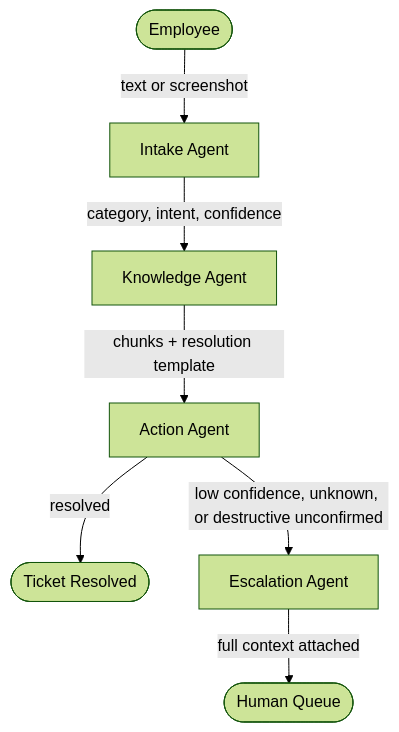
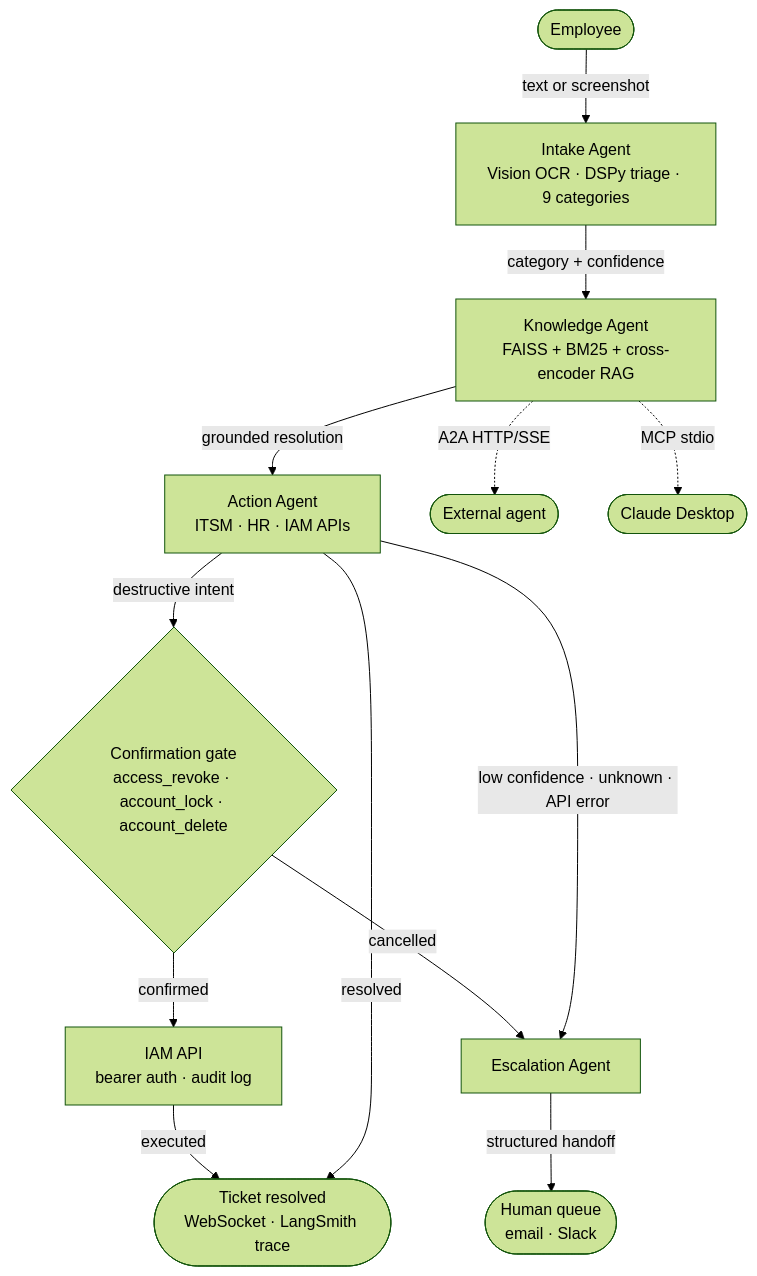
The diagram in README.md (Subh24ai/neuradesk), drawn with Mermaid (forest theme) before and after one commit. The commit also changed other lines of this file, not shown here.

Commit message:
docs: correct and enrich architecture mermaid diagram
- Fix phantom escalation edges: intake/knowledge feed confidence into the
  single post-action _should_escalate branch, not direct edges to escalation
- Add confirmation gate, IAM API node, and A2A/MCP external protocol surfaces
- Use <br/> line breaks for reliable GitHub rendering

````diff
--- a/README.md
+++ b/README.md
@@ -24,9 +24,18 @@
 ```mermaid
 graph TD
-    A([Employee]) -->|text or screenshot| B[Intake Agent]
-    B -->|category, intent, confidence| C[Knowledge Agent]
-    C -->|chunks + resolution template| D[Action Agent]
-    D -->|resolved| E([Ticket Resolved])
-    D -->|low confidence, unknown, or destructive unconfirmed| F[Escalation Agent]
-    F -->|full context attached| G([Human Queue])
+    A([Employee]) -->|text or screenshot| B[Intake Agent<br/>Vision OCR · DSPy triage · 9 categories]
+    B -->|category + confidence| C[Knowledge Agent<br/>FAISS + BM25 + cross-encoder RAG]
+    C -->|grounded resolution| D[Action Agent<br/>ITSM · HR · IAM APIs]
+
+    D -->|destructive intent| GATE{Confirmation gate<br/>access_revoke · account_lock · account_delete}
+    GATE -->|confirmed| IAM[IAM API<br/>bearer auth · audit log]
+    IAM -->|executed| E
+    GATE -->|cancelled| F
+
+    D -->|resolved| E([Ticket resolved<br/>WebSocket · LangSmith trace])
+    D -->|low confidence · unknown · API error| F[Escalation Agent]
+    F -->|structured handoff| G([Human queue<br/>email · Slack])
+
+    C -.->|A2A HTTP/SSE| EXT1([External agent])
+    C -.->|MCP stdio| EXT2([Claude Desktop])
 ```
````
